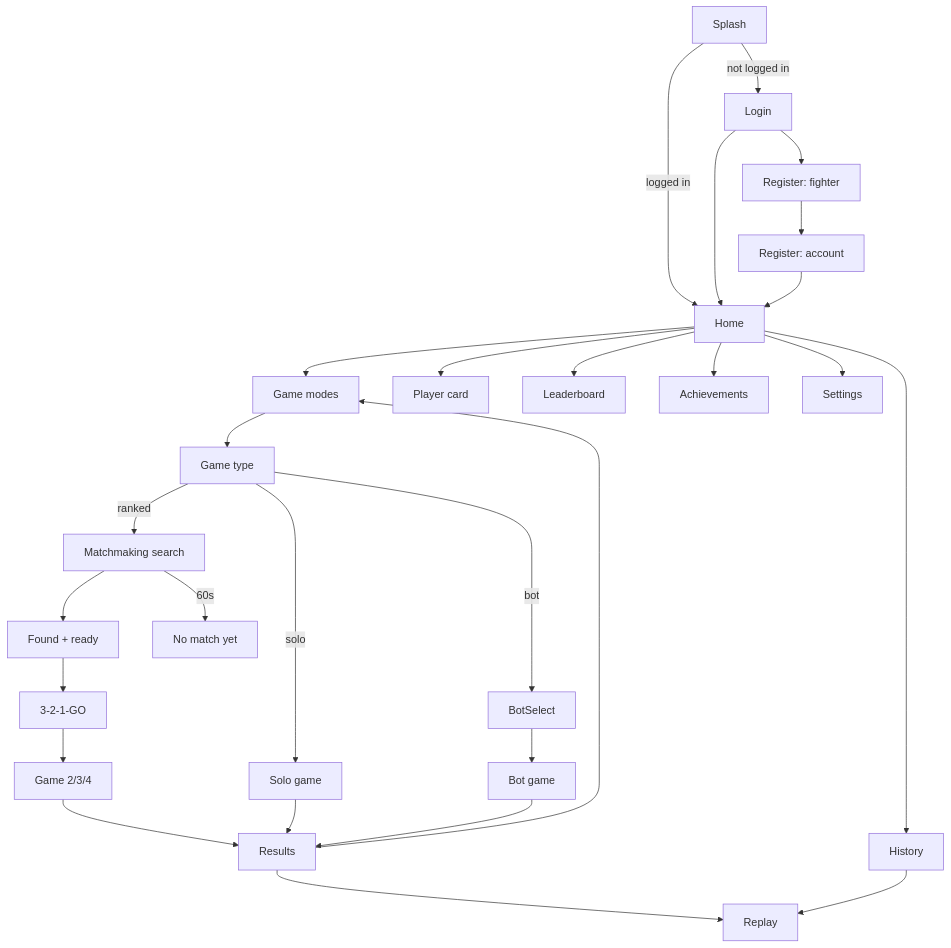
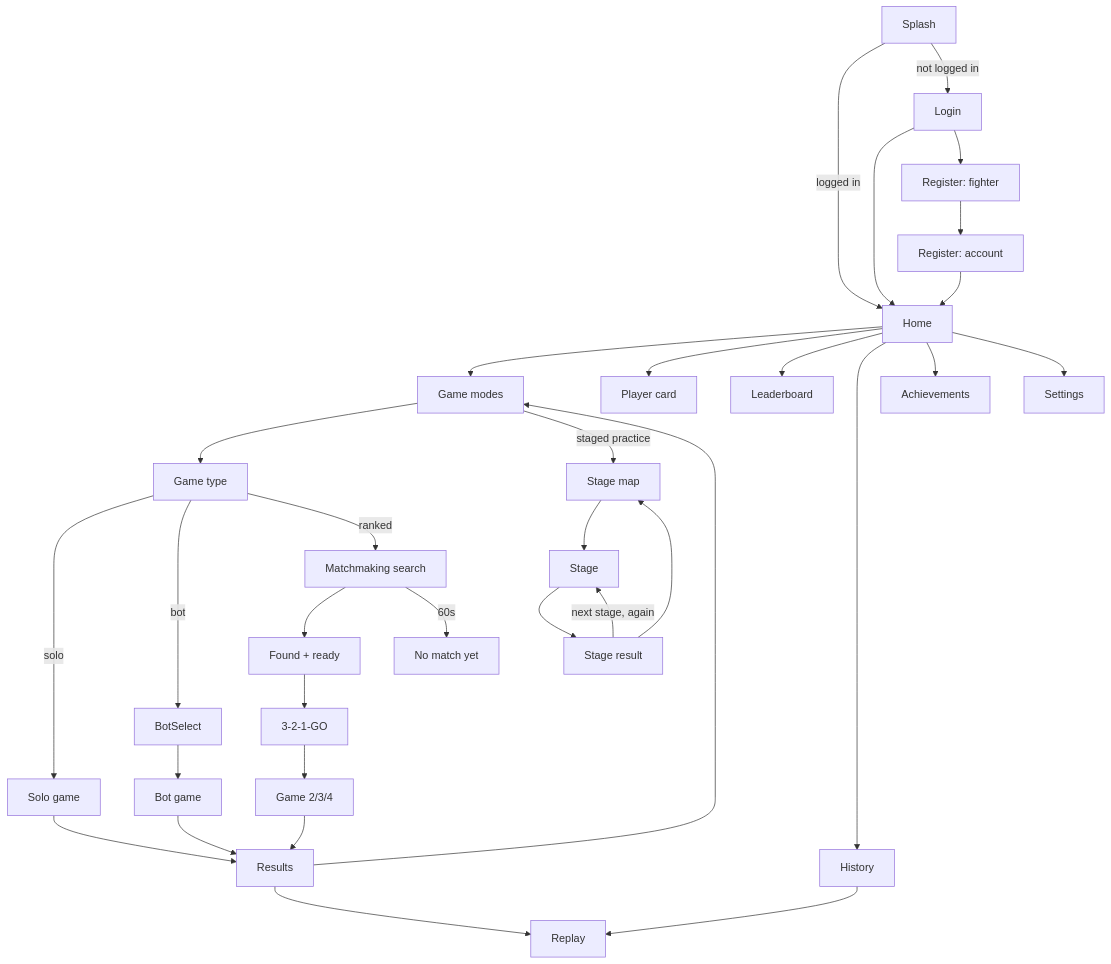
The diagram in docs/01-SPEC.md (glaz5593/sudokufight), drawn with Mermaid before and after one commit. The commit also changed other lines of this file and 322 other files, not shown here.

First line of the commit message:
Staged practice and background freeze; version 1.0.2

````diff
--- a/docs/01-SPEC.md
+++ b/docs/01-SPEC.md
@@ -259,24 +280,29 @@
 ```mermaid
 flowchart TD
   Splash -->|logged in| Home
   Splash -->|not logged in| Login
   Login --> Home
   Login --> RegFighter[Register: fighter] --> RegAccount[Register: account] --> Home
   Home --> Modes[Game modes]
   Home --> Profile[Player card]
   Home --> Leaderboard
   Home --> History
   Home --> Progress[Achievements]
   Home --> Settings
   Modes --> GameType[Game type]
   GameType -->|solo| GameSolo[Solo game]
   GameType -->|bot| BotSelect --> GameBot[Bot game]
   GameType -->|ranked| Search[Matchmaking search] --> Found[Found + ready] --> Countdown[3-2-1-GO] --> Game[Game 2/3/4]
   Search -->|60s| Timeout[No match yet]
   Game --> Results
   GameSolo --> Results
   GameBot --> Results
   Results --> Replay
   Results --> Modes
   History --> Replay
+  Modes -->|staged practice| LevelMap[Stage map]
+  LevelMap --> Level[Stage]
+  Level --> LevelResult[Stage result]
+  LevelResult --> LevelMap
+  LevelResult -->|next stage, again| Level
 ```
````
